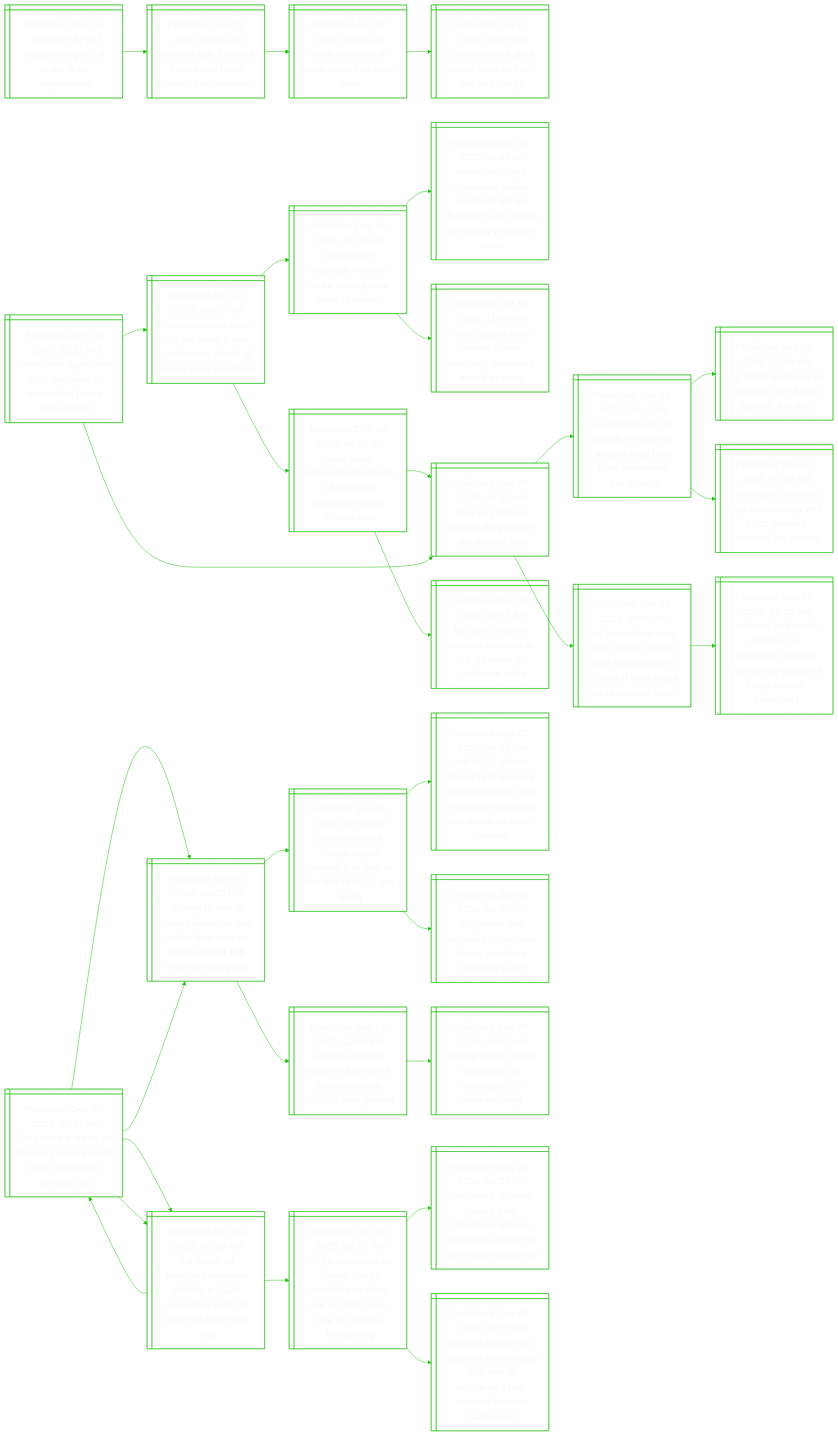
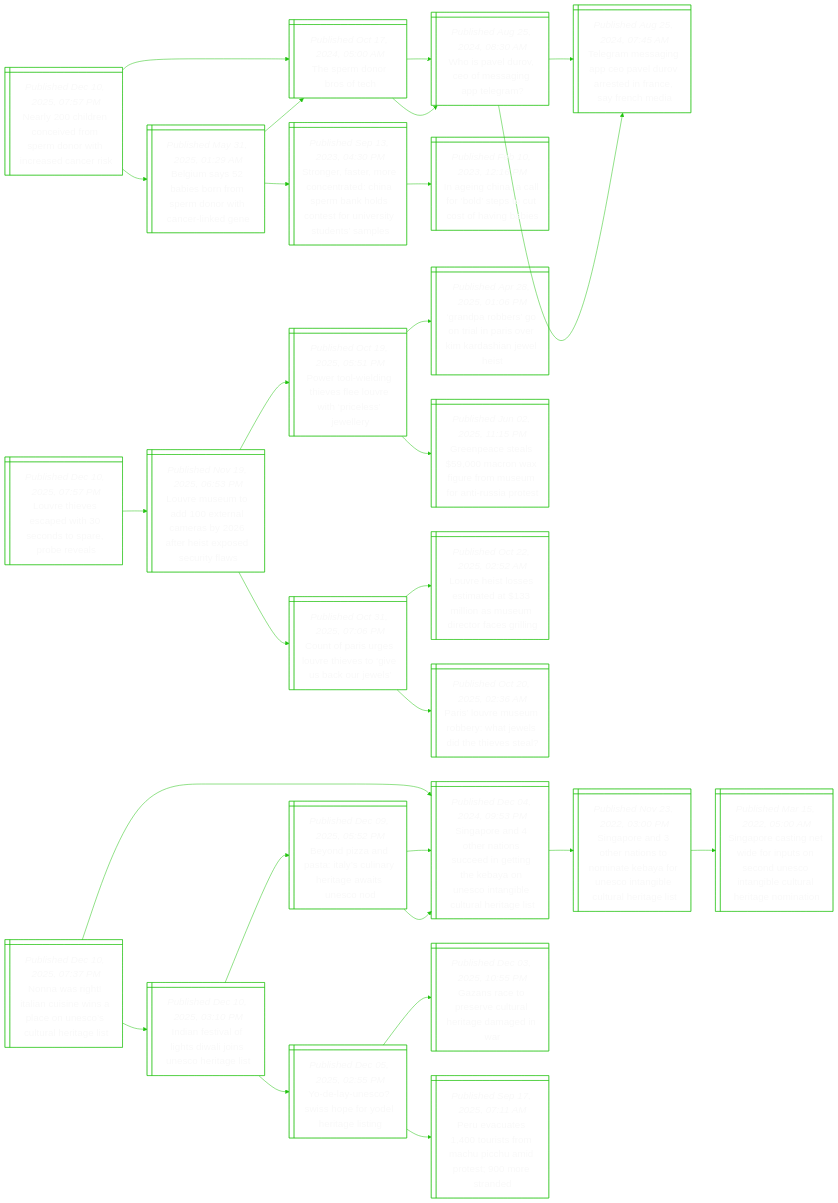
The diagram in README.md (notJmes/notJmes), drawn with Mermaid before and after one commit. The commit also changed other lines of this file, not shown here.

````diff
--- a/README.md
+++ b/README.md
@@ -16,103 +16,94 @@
 flowchart LR
 classDef txtsize font-size:20px;
 
-Veesieas@{ shape: win-pane, label: "_Published Dec 10, 2025, 03:37 PM_
-Veggie 'burgers' at stake in eu negotiations" }
-Sckdalsadr@{ shape: win-pane, label: "_Published Jun 23, 2025, 05:00 AM_
-Science talk: blended meat could boost asia’s food security" }
-Wodoutet@{ shape: win-pane, label: "_Published Jan 07, 2023, 05:00 AM_
-What you need to know about cultivated meat" }
-Cneasifhlg@{ shape: win-pane, label: "_Published Jun 11, 2022, 02:00 PM_
-Can diners tell plant-based chicken from the real thing?" }
+Nydovorohecr@{ shape: win-pane, label: "_Published Dec 10, 2025, 07:57 PM_
+Nearly 200 children conceived from sperm donor with increased cancer risk" }
+Busensdwald@{ shape: win-pane, label: "_Published May 31, 2025, 01:29 AM_
+Belgium says 52 babies born from sperm donor with cancer-linked gene" }
+Tenoe@{ shape: win-pane, label: "_Published Oct 17, 2024, 05:00 AM_
+The sperm donor bros of tech" }
+WPDCmgpe@{ shape: win-pane, label: "_Published Aug 25, 2024, 08:30 AM_
+Who is pavel durov, ceo of messaging app telegram?" }
+SgsonrCsbootnsttp@{ shape: win-pane, label: "_Published Sep 13, 2023, 04:30 PM_
+Stronger, faster, more concentrated: china sperm bank holds contest for university students’ samples" }
+Iiiarstcfni@{ shape: win-pane, label: "_Published Feb 10, 2023, 12:16 PM_
+In ageing china, a call for ‘bold’ steps to cut cost of having babies" }
+Tenoe@{ shape: win-pane, label: "_Published Oct 17, 2024, 05:00 AM_
+The sperm donor bros of tech" }
+WPDCmgpe@{ shape: win-pane, label: "_Published Aug 25, 2024, 08:30 AM_
+Who is pavel durov, ceo of messaging app telegram?" }
+TrsnCvrrdaand@{ shape: win-pane, label: "_Published Aug 25, 2024, 07:45 AM_
+Telegram messaging app ceo pavel durov arrested in france, say french media" }
+TrsnCvrrdaand@{ shape: win-pane, label: "_Published Aug 25, 2024, 07:45 AM_
+Telegram messaging app ceo pavel durov arrested in france, say french media" }
 
-Veesieas:::txtsize --> Sckdalsadr:::txtsize
-Sckdalsadr:::txtsize --> Wodoutet:::txtsize
-Wodoutet:::txtsize --> Cneasifhlg:::txtsize
+Nydovorohecr:::txtsize --> Busensdwald:::txtsize
+Busensdwald:::txtsize --> Tenoe:::txtsize
+Tenoe:::txtsize --> WPDCmgpe:::txtsize
+Busensdwald:::txtsize --> SgsonrCsbootnsttp:::txtsize
+SgsonrCsbootnsttp:::txtsize --> Iiiarstcfni:::txtsize
+Nydovorohecr:::txtsize --> Tenoe:::txtsize
+Tenoe:::txtsize --> WPDCmgpe:::txtsize
+WPDCmgpe:::txtsize --> TrsnCvrrdaand:::txtsize
+WPDCmgpe:::txtsize --> TrsnCvrrdaand:::txtsize
 
-Vupthaoseczr@{ shape: win-pane, label: "_Published Dec 10, 2025, 02:32 PM_
-Venezuela opposition chief machado to miss nobel peace prize award" }
-NItafhroehfeem@{ shape: win-pane, label: "_Published Dec 10, 2025, 03:07 AM_
-Nobel institute calls off machado press conference ahead of peace prize ceremony" }
-VuMdskecze@{ shape: win-pane, label: "_Published Dec 06, 2025, 09:25 PM_
-Venezuela’s machado vows to make nobel peace prize ceremony" }
-Vuapiaaobiitloteb@{ shape: win-pane, label: "_Published Nov 21, 2025, 11:47 AM_
-Venezuela says opposition leader machado will be ‘fugitive’ if she travels to norway to accept nobel" }
-NPPwrnhetaT@{ shape: win-pane, label: "_Published Oct 10, 2025, 11:50 PM_
-Nobel peace prize winner corina machado dedicates award to trump" }
-Vuclshtdsnrri@{ shape: win-pane, label: "_Published Dec 08, 2025, 06:45 AM_
-Venezuela acknowledges death of detained opposition figure alfredo diaz" }
-NseldoPilr@{ shape: win-pane, label: "_Published Dec 05, 2025, 09:30 AM_
-New us strike on alleged drug boat in pacific kills four" }
-UeefdikuoCbt@{ shape: win-pane, label: "_Published Dec 07, 2025, 06:51 AM_
-Us’ pete hegseth defends decision to kill survivors in caribbean strike" }
-NseldoPilr@{ shape: win-pane, label: "_Published Dec 05, 2025, 09:30 AM_
-New us strike on alleged drug boat in pacific kills four" }
-UikperngutVura@{ shape: win-pane, label: "_Published Sep 03, 2025, 04:19 AM_
-Us military kills 11 people in strike on alleged drug boat from venezuela, trump says" }
-Ulfsrafapay@{ shape: win-pane, label: "_Published Aug 30, 2025, 03:43 AM_
-Us builds up forces in caribbean as officials, experts, ask why" }
-VuMoUswieggoy@{ shape: win-pane, label: "_Published Sep 02, 2025, 01:19 AM_
-Venezuela’s maduro says us warships with 1,200 missiles targeting his country" }
-UmsvnoaTpealtoea@{ shape: win-pane, label: "_Published Dec 04, 2025, 06:50 AM_
-Us lawmakers want vote on war powers after trump pledges to launch land attack on venezuela ‘soon’" }
-CsdltSatcerrrtsz@{ shape: win-pane, label: "_Published Dec 03, 2025, 05:20 AM_
-‘colossal and costly mistake’: us lawmakers to force vote on war powers if trump attacks venezuela" }
+Levcwesaov@{ shape: win-pane, label: "_Published Dec 10, 2025, 07:57 PM_
+Louvre thieves escaped with 30 seconds to spare, probe reveals" }
+Leudecafexdrl@{ shape: win-pane, label: "_Published Nov 19, 2025, 06:53 PM_
+Louvre museum to add 100 external cameras by 2026 after heist exposed security flaws" }
+Ptineluiisey@{ shape: win-pane, label: "_Published Oct 19, 2025, 05:51 PM_
+Power tool-wielding thieves flee louvre with ‘priceless’ jewellery" }
+GpboiPoidaes@{ shape: win-pane, label: "_Published Apr 28, 2025, 01:06 PM_
+‘grandpa robbers’ go on trial in paris over kim kardashian jewel heist" }
+Gpssofemmnsrt@{ shape: win-pane, label: "_Published Jun 02, 2025, 11:15 PM_
+Greenpeace steals $59,000 macron wax figure from museum for anti-russia protest" }
+Coievitecjs@{ shape: win-pane, label: "_Published Oct 31, 2025, 07:06 PM_
+Count of paris urges louvre thieves to ‘give us back our jewels’" }
+Leteidlaerrsl@{ shape: win-pane, label: "_Published Oct 22, 2025, 02:52 AM_
+Louvre heist losses estimated at $133 million as museum director faces grilling" }
+PLeubhwitea@{ shape: win-pane, label: "_Published Oct 20, 2025, 02:36 AM_
+Paris’ louvre museum robbery: what jewels did the thieves steal?" }
 
-Vupthaoseczr:::txtsize --> NItafhroehfeem:::txtsize
-NItafhroehfeem:::txtsize --> VuMdskecze:::txtsize
-VuMdskecze:::txtsize --> Vuapiaaobiitloteb:::txtsize
-VuMdskecze:::txtsize --> NPPwrnhetaT:::txtsize
-NItafhroehfeem:::txtsize --> Vuclshtdsnrri:::txtsize
-Vuclshtdsnrri:::txtsize --> NseldoPilr:::txtsize
-Vuclshtdsnrri:::txtsize --> UeefdikuoCbt:::txtsize
-Vupthaoseczr:::txtsize --> NseldoPilr:::txtsize
-NseldoPilr:::txtsize --> UikperngutVura:::txtsize
-UikperngutVura:::txtsize --> Ulfsrafapay:::txtsize
-UikperngutVura:::txtsize --> VuMoUswieggoy:::txtsize
-NseldoPilr:::txtsize --> UmsvnoaTpealtoea:::txtsize
-UmsvnoaTpealtoea:::txtsize --> CsdltSatcerrrtsz:::txtsize
+Levcwesaov:::txtsize --> Leudecafexdrl:::txtsize
+Leudecafexdrl:::txtsize --> Ptineluiisey:::txtsize
+Ptineluiisey:::txtsize --> GpboiPoidaes:::txtsize
+Ptineluiisey:::txtsize --> Gpssofemmnsrt:::txtsize
+Leudecafexdrl:::txtsize --> Coievitecjs:::txtsize
+Coievitecjs:::txtsize --> Leteidlaerrsl:::txtsize
+Coievitecjs:::txtsize --> PLeubhwitea:::txtsize
 
-SpgjeyouooioA@{ shape: win-pane, label: "_Published Dec 10, 2025, 02:21 PM_
-Singapore’s green jet fuel levy roll-out could boost production growth: iata" }
-Ciorpnnleeytdrea@{ shape: win-pane, label: "_Published Nov 07, 2024, 06:00 PM_
-Changi airport to raise passenger and airline fees over six years to fund $3b improvement plans" }
-CrohArmtriaPg@{ shape: win-pane, label: "_Published Sep 06, 2024, 08:50 PM_
-Construction of changi airport terminal 5 to start in first half of 2025: pm wong" }
-Naitepmolpeasrlne@{ shape: win-pane, label: "_Published Aug 21, 2022, 09:02 PM_
-Ndr 2022: changi airport t5 to be more pandemic-proof, able to operate as smaller sub-terminals when needed" }
-SpnairdgiZsi@{ shape: win-pane, label: "_Published Jun 02, 2024, 09:06 PM_
-Singapore and ukraine sign air deal during president zelensky’s visit" }
-Cioesysyrdagn@{ shape: win-pane, label: "_Published Nov 01, 2023, 12:00 PM_
-Changi airport t2 reopens fully with 4-storey waterfall display, new garden" }
-Cioapitmshi@{ shape: win-pane, label: "_Published Sep 28, 2023, 09:50 AM_
-Changi airport starts operations at revamped t2’s northern wing" }
-botletoysedeleI@{ shape: win-pane, label: "_Published Dec 09, 2025, 05:50 PM_
-5.2 billion air travellers expected globally in 2026, passenger loads to reach all-time high: iata" }
-SpgjeyouooioA@{ shape: win-pane, label: "_Published Dec 10, 2025, 02:21 PM_
-Singapore’s green jet fuel levy roll-out could boost production growth: iata" }
-Ciorpnnleeytdrea@{ shape: win-pane, label: "_Published Nov 07, 2024, 06:00 PM_
-Changi airport to raise passenger and airline fees over six years to fund $3b improvement plans" }
-botletoysedeleI@{ shape: win-pane, label: "_Published Dec 09, 2025, 05:50 PM_
-5.2 billion air travellers expected globally in 2026, passenger loads to reach all-time high: iata" }
-FtrsauerhiCEmecn@{ shape: win-pane, label: "_Published Dec 09, 2025, 01:10 PM_
-Flight diversions at changi due to weather see sharp rise in 2025; caas, nea to improve forecasting" }
-OaejaSpiegodtvue@{ shape: win-pane, label: "_Published May 21, 2024, 06:20 PM_
-One dead, dozens injured after singapore airlines flight from london hit by severe turbulence" }
-Tirnagegpfasaaasy@{ shape: win-pane, label: "_Published Sep 03, 2025, 05:35 PM_
-Tackling turbulence, adapting to emerging tech part of singapore’s new national aviation safety plan" }
+NwgacnscNsuegt@{ shape: win-pane, label: "_Published Dec 10, 2025, 07:37 PM_
+Nonna was right! italian cuisine wins a place on unesco’s cultural heritage list" }
+IniftaiEegt@{ shape: win-pane, label: "_Published Dec 10, 2025, 03:10 PM_
+Indian festival of lights diwali joins unesco heritage list" }
+BdaatcaretSd@{ shape: win-pane, label: "_Published Dec 09, 2025, 05:52 PM_
+Beyond pizza and pasta: italy’s culinary heritage awaits unesco nod" }
+Spneiudttbncalthas@{ shape: win-pane, label: "_Published Dec 04, 2024, 09:53 PM_
+Singapore and 4 other nations succeed in getting the kebaya on unesco intangible cultural heritage list" }
+Spneiudttbncalthas@{ shape: win-pane, label: "_Published Dec 04, 2024, 09:53 PM_
+Singapore and 4 other nations succeed in getting the kebaya on unesco intangible cultural heritage list" }
+YaSipyhas@{ shape: win-pane, label: "_Published Dec 05, 2025, 02:55 PM_
+Yo-de-lay-unesco? swiss hope for yodel heritage listing" }
+Gstscrregw@{ shape: win-pane, label: "_Published Dec 03, 2025, 10:55 PM_
+Gazans race to preserve cultural heritage damaged in war" }
+PvtusMPupsen@{ shape: win-pane, label: "_Published Sep 17, 2025, 07:11 AM_
+Peru evacuates 1,400 tourists from machu picchu amid protest; 900 more stranded" }
+Spneiudttbncalthas@{ shape: win-pane, label: "_Published Dec 04, 2024, 09:53 PM_
+Singapore and 4 other nations succeed in getting the kebaya on unesco intangible cultural heritage list" }
+Spneionefeniuail@{ shape: win-pane, label: "_Published Nov 23, 2022, 03:00 PM_
+Singapore and 3 other nations to nominate kebaya for unesco intangible cultural heritage list" }
+SpagirteUoneuegio@{ shape: win-pane, label: "_Published Mar 15, 2022, 05:00 AM_
+Singapore casting net wide for inputs on second unesco intangible cultural heritage nomination" }
 
-SpgjeyouooioA:::txtsize --> Ciorpnnleeytdrea:::txtsize
-Ciorpnnleeytdrea:::txtsize --> CrohArmtriaPg:::txtsize
-CrohArmtriaPg:::txtsize --> Naitepmolpeasrlne:::txtsize
-CrohArmtriaPg:::txtsize --> SpnairdgiZsi:::txtsize
-Ciorpnnleeytdrea:::txtsize --> Cioesysyrdagn:::txtsize
-Cioesysyrdagn:::txtsize --> Cioapitmshi:::txtsize
-SpgjeyouooioA:::txtsize --> botletoysedeleI:::txtsize
-botletoysedeleI:::txtsize --> SpgjeyouooioA:::txtsize
-SpgjeyouooioA:::txtsize --> Ciorpnnleeytdrea:::txtsize
-SpgjeyouooioA:::txtsize --> botletoysedeleI:::txtsize
-botletoysedeleI:::txtsize --> FtrsauerhiCEmecn:::txtsize
-FtrsauerhiCEmecn:::txtsize --> OaejaSpiegodtvue:::txtsize
-FtrsauerhiCEmecn:::txtsize --> Tirnagegpfasaaasy:::txtsize
+NwgacnscNsuegt:::txtsize --> IniftaiEegt:::txtsize
+IniftaiEegt:::txtsize --> BdaatcaretSd:::txtsize
+BdaatcaretSd:::txtsize --> Spneiudttbncalthas:::txtsize
+BdaatcaretSd:::txtsize --> Spneiudttbncalthas:::txtsize
+IniftaiEegt:::txtsize --> YaSipyhas:::txtsize
+YaSipyhas:::txtsize --> Gstscrregw:::txtsize
+YaSipyhas:::txtsize --> PvtusMPupsen:::txtsize
+NwgacnscNsuegt:::txtsize --> Spneiudttbncalthas:::txtsize
+Spneiudttbncalthas:::txtsize --> Spneionefeniuail:::txtsize
+Spneionefeniuail:::txtsize --> SpagirteUoneuegio:::txtsize
 
 ```
````
